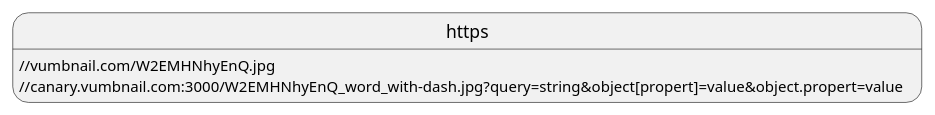
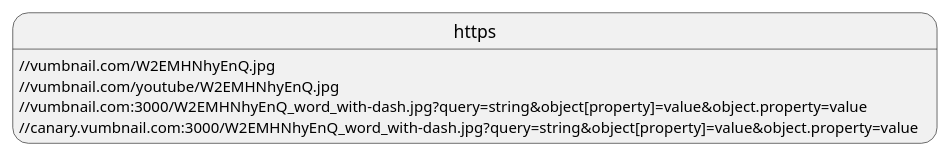
One commit to ThatGuySam/url-syntax-highlighting changed the second of 2 diagrams in README.md. Above: the diagram before and after it, drawn with PlantUML. The commit also changed other lines of this file, not shown here.

````diff
--- a/README.md
+++ b/README.md
@@ -3329,4 +4068,6 @@
 ```PlantUML
 https://vumbnail.com/W2EMHNhyEnQ.jpg
-https://canary.vumbnail.com:3000/W2EMHNhyEnQ_word_with-dash.jpg?query=string&object[propert]=value&object.propert=value
+https://vumbnail.com/youtube/W2EMHNhyEnQ.jpg
+https://vumbnail.com:3000/W2EMHNhyEnQ_word_with-dash.jpg?query=string&object[property]=value&object.property=value
+https://canary.vumbnail.com:3000/W2EMHNhyEnQ_word_with-dash.jpg?query=string&object[property]=value&object.property=value
 ```
````
